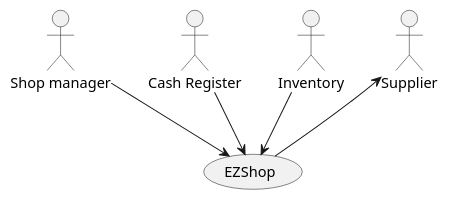
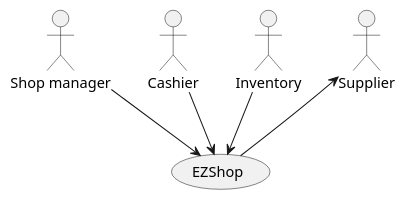
The first of 2 diagrams in Deliverables/RequirementsDocument.md (BMike10/EzShop), drawn with PlantUML before and after one commit. The commit also changed other lines of this file, not shown here.

```diff
--- a/Deliverables/RequirementsDocument.md
+++ b/Deliverables/RequirementsDocument.md
@@ -57,12 +57,12 @@
 	@startuml context_diagram
 		actor :Shop manager: as sm
-		actor :Cash Register: as cr
+		actor :Cashier: as cr
 		actor :Inventory: as i
 		actor :Supplier: as s
 		usecase EZShop
 
 		sm --> EZShop
 		cr --> EZShop
 		i --> EZShop
 		s <-- EZShop
 	@enduml
```
